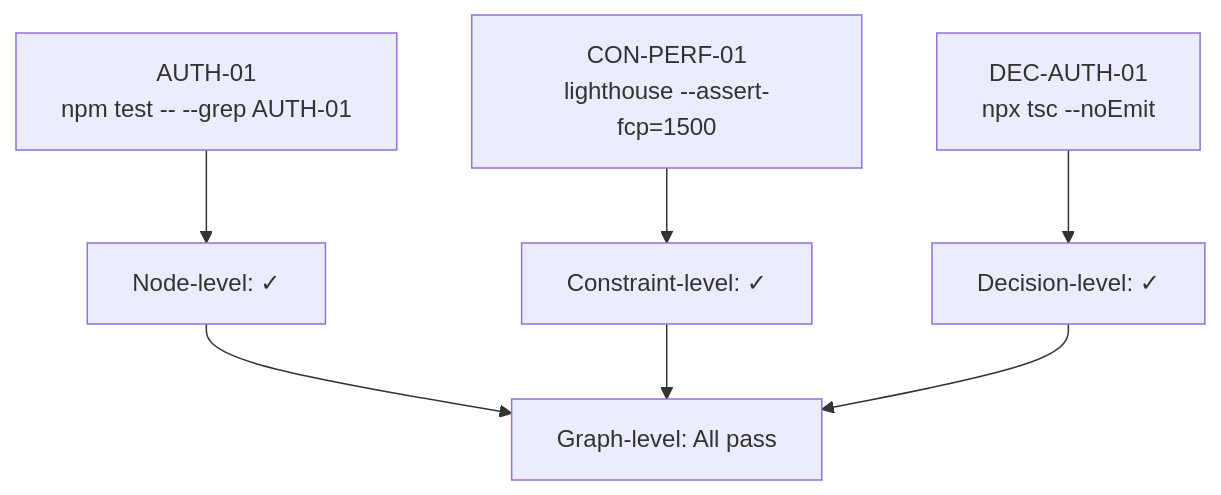
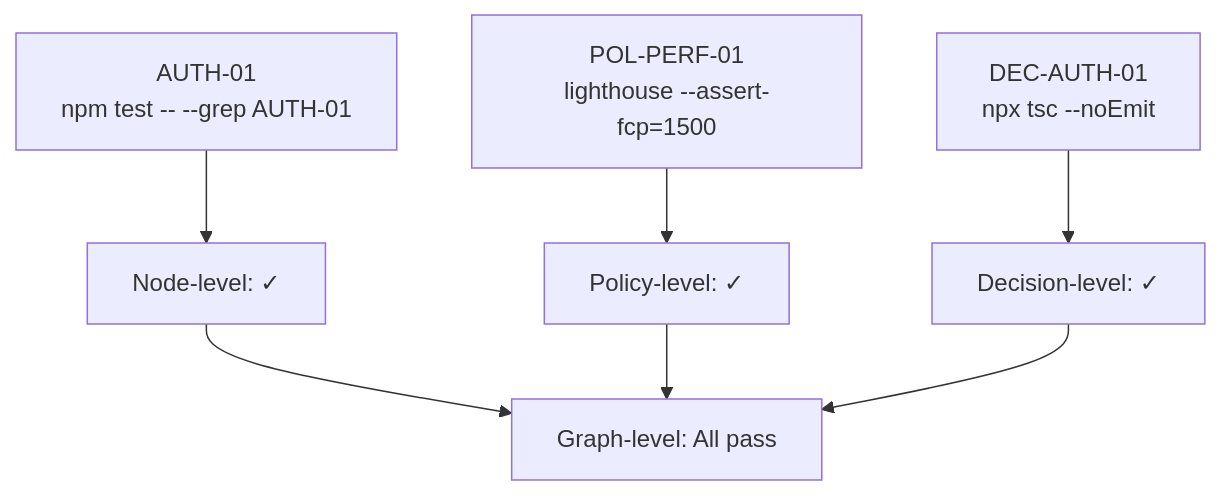
The diagram in website/docs/manifestation/verification.md (oco-adam/specgraph), drawn with Mermaid before and after one commit. The commit also changed other lines of this file and 48 other files, not shown here.

First line of the commit message:
feat: rename invariant→constraints and constraint→policy

````diff
--- a/website/docs/manifestation/verification.md
+++ b/website/docs/manifestation/verification.md
@@ -171,9 +171,9 @@
 ```mermaid
 graph TD
     B[AUTH-01<br/>npm test -- --grep AUTH-01] --> N[Node-level: ✓]
-    C[CON-PERF-01<br/>lighthouse --assert-fcp=1500] --> CL[Constraint-level: ✓]
+    P[POL-PERF-01<br/>lighthouse --assert-fcp=1500] --> PL[Policy-level: ✓]
     D[DEC-AUTH-01<br/>npx tsc --noEmit] --> DL[Decision-level: ✓]
     N --> G[Graph-level: All pass]
-    CL --> G
+    PL --> G
     DL --> G
 ```
````
